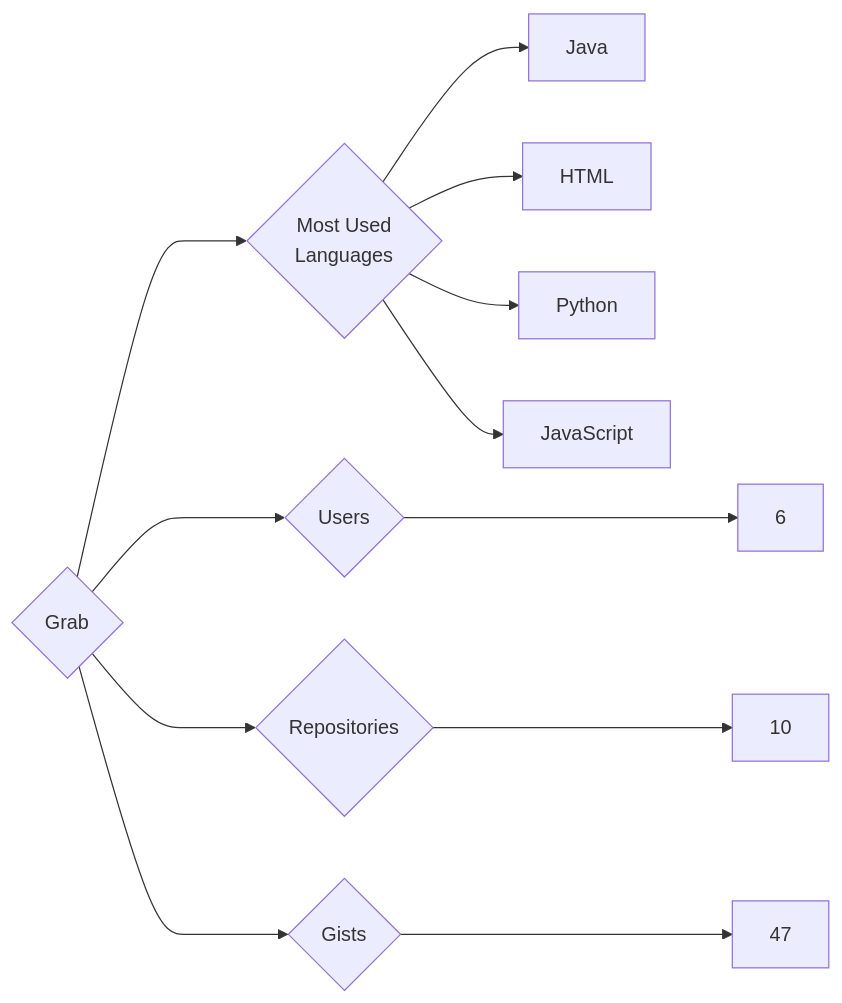
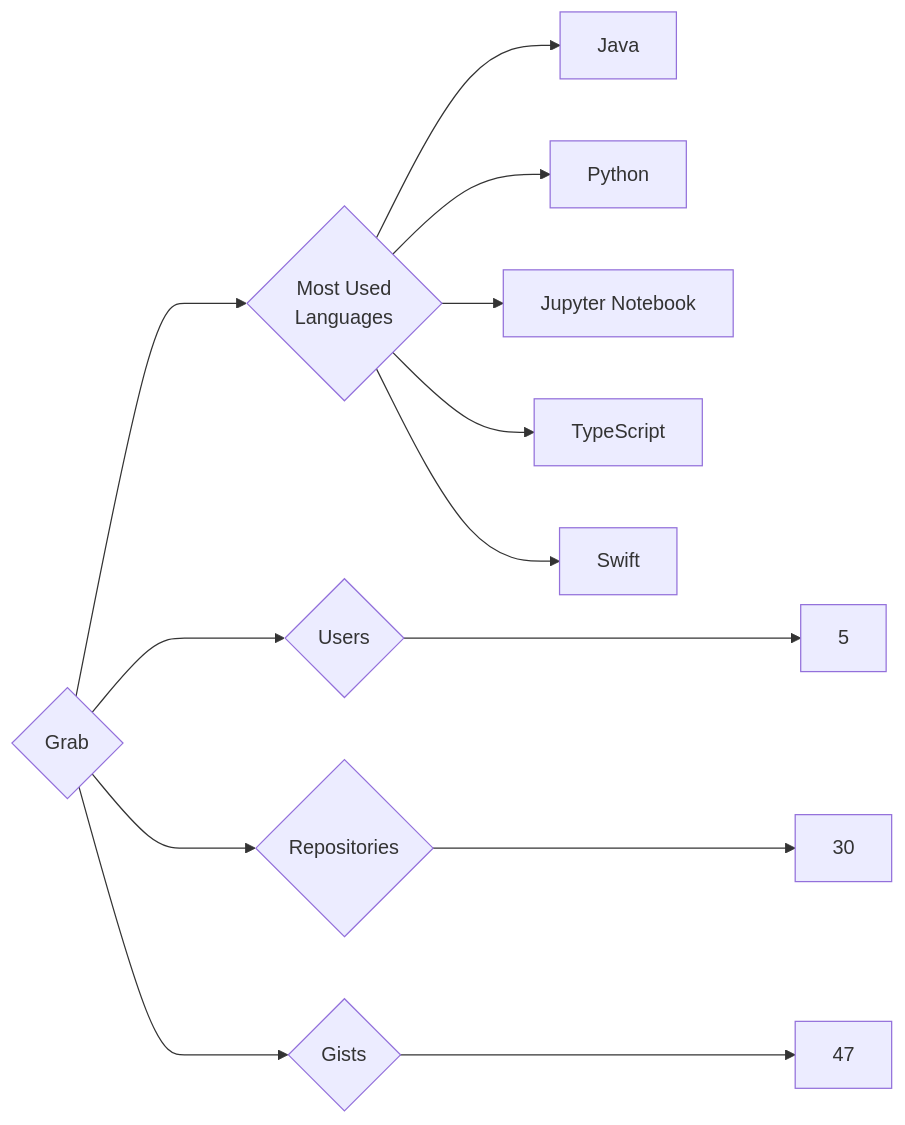
Before and after one commit to trickest/insiders: the diagram in targets/Grab/README.md, drawn with Mermaid. The commit also changed 993 other files, not shown here.

````diff
--- a/targets/Grab/README.md
+++ b/targets/Grab/README.md
@@ -3,12 +3,13 @@
 ```mermaid
 graph LR
 COMPANY_NAME{Grab}
-COMPANY_NAME ---> U{Users} ---> UN[6]
-COMPANY_NAME ---> R{Repositories} ---> RN[10]
+COMPANY_NAME ---> U{Users} ---> UN[5]
+COMPANY_NAME ---> R{Repositories} ---> RN[30]
 COMPANY_NAME ---> G{Gists} ---> GN[47]
 COMPANY_NAME ---> ML{Most Used<br>Languages}
 ML --> Java[Java]
-ML --> HTML[HTML]
 ML --> Python[Python]
-ML --> JavaScript[JavaScript]
+ML --> Jupyter_Notebook[Jupyter Notebook]
+ML --> TypeScript[TypeScript]
+ML --> Swift[Swift]
 ```
````
